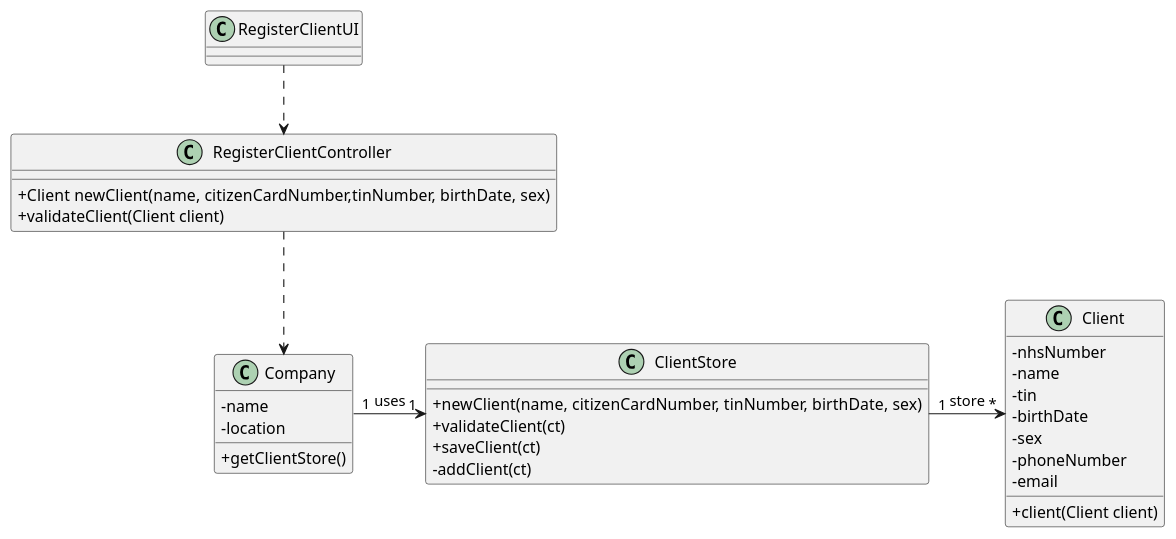
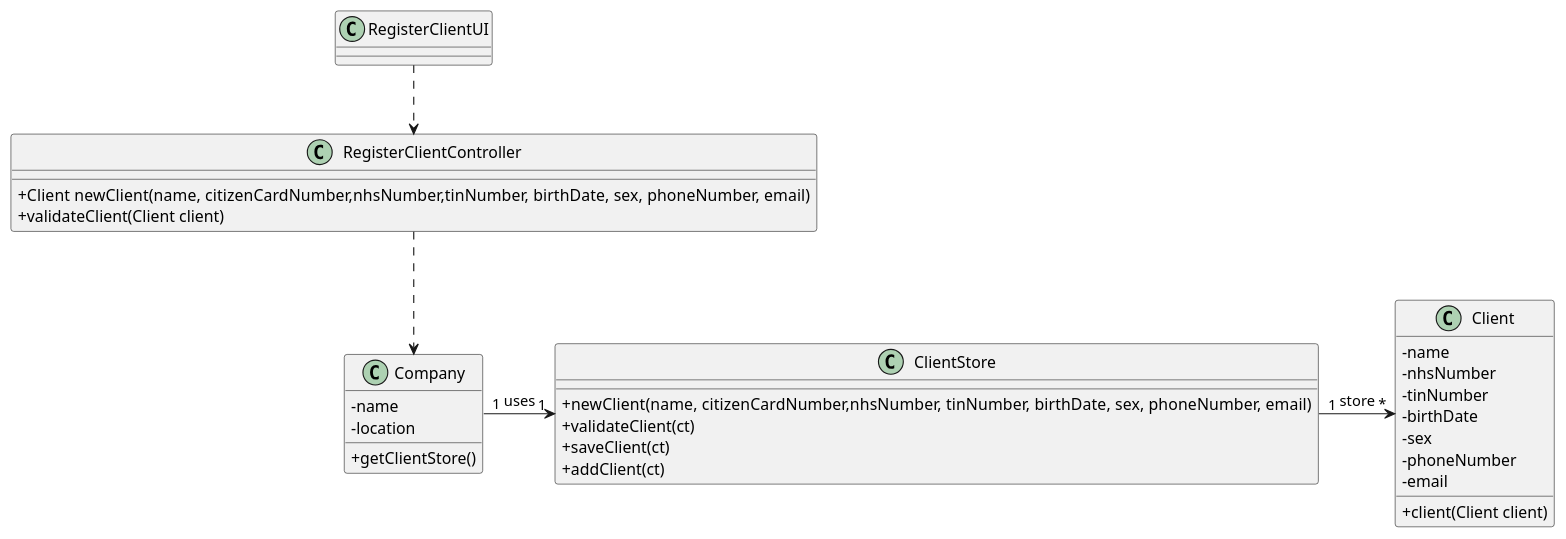
Before and after one commit to GuilhermeCunha79/lapr2: the diagram in docs/SprintB/US3/UC03_CD.puml, drawn with PlantUML. The commit also changed 3 other files, not shown here.

```diff
--- a/docs/SprintB/US3/UC03_CD.puml
+++ b/docs/SprintB/US3/UC03_CD.puml
@@ -1,44 +1,44 @@
 @startuml
 'https://plantuml.com/sequence-diagram
 skinparam classAttributeIconSize 0
 
 class RegisterClientUI
 {
 }
 
 class RegisterClientController
 {
-    +Client newClient(name, citizenCardNumber,tinNumber, birthDate, sex)
+    +Client newClient(name, citizenCardNumber,nhsNumber,tinNumber, birthDate, sex, phoneNumber, email)
     +validateClient(Client client)
 }
 
 class Client{
-	-nhsNumber
-    -name
-    -tin
+	-name
+    -nhsNumber
+    -tinNumber
     -birthDate
     -sex
     -phoneNumber
     -email
     +client(Client client)
 }
 
 class Company{
 -name
 -location
 +getClientStore()
 }
 
 class ClientStore{
-+newClient(name, citizenCardNumber, tinNumber, birthDate, sex)
++newClient(name, citizenCardNumber,nhsNumber, tinNumber, birthDate, sex, phoneNumber, email)
 +validateClient(ct)
 +saveClient(ct)
--addClient(ct)
++addClient(ct)
 }
 
 RegisterClientUI ..> RegisterClientController
 RegisterClientController ..> Company
 Company"1" -> "1"ClientStore : uses
 ClientStore"1" ->"*" Client : store
 
 @enduml
```
